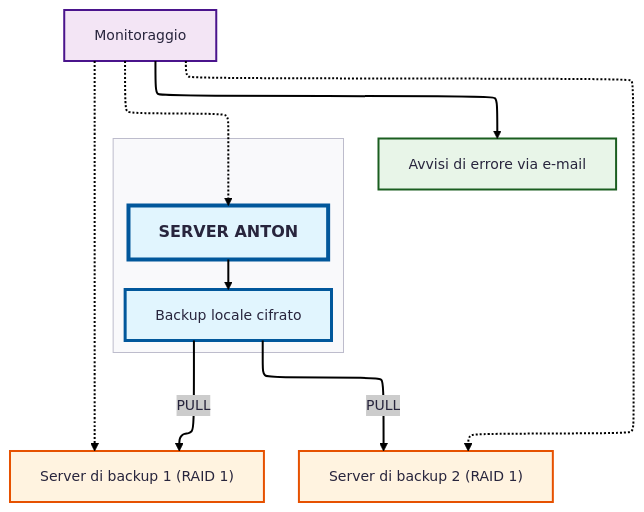
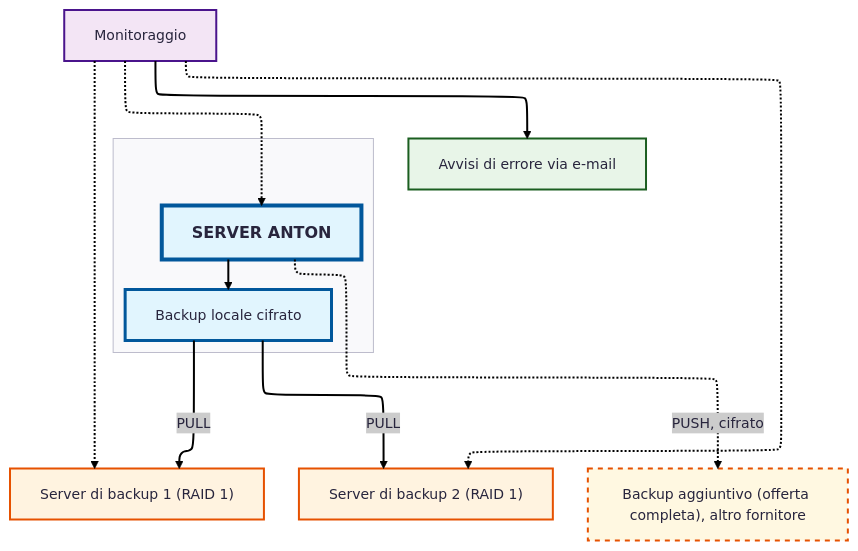
The diagram in docs/faq/infrastructure.it.md (kraenzle-ritter/anton-documentation), drawn with Mermaid before and after one commit. The commit also changed other lines of this file and 11 other files, not shown here.

````diff
--- a/docs/faq/infrastructure.it.md
+++ b/docs/faq/infrastructure.it.md
@@ -3,40 +3,43 @@
 ```mermaid
 ---
 config:
   theme: redux
   layout: elk
 ---
 flowchart TB
     subgraph prod[" "]
         U["SERVER ANTON"]
         UB[Backup locale cifrato]
     end
 
     A["Server di backup 1 (RAID 1)"]
     L["Server di backup 2 (RAID 1)"]
     G[Monitoraggio]
     E[Avvisi di errore via e-mail]
     %% Collegamenti di backup
     U --> UB
     UB -->|PULL| A
     UB -->|PULL| L
+    U -.->|PUSH, cifrato| Z["Backup aggiuntivo (offerta completa), altro fornitore"]
     
     %% Sorveglianza
     G -.-> U
     G -.-> A
     G -.-> L
     G --> E
     
     %% Styling
     classDef production fill:#e1f5fe,stroke:#01579b,stroke-width:3px
     classDef backup fill:#fff3e0,stroke:#e65100,stroke-width:2px
+    classDef extra fill:#fff8e1,stroke:#e65100,stroke-width:2px,stroke-dasharray: 5 5
     classDef monitoring fill:#f3e5f5,stroke:#4a148c,stroke-width:2px
     classDef notification fill:#e8f5e8,stroke:#1b5e20,stroke-width:2px
     classDef main fill:#e1f5fe,stroke:#01579b,stroke-width:4px,font-size:16px,font-weight:bold
     
     class UB production
     class A,L backup
+    class Z extra
     class G monitoring
     class E notification
     class U main
 ```
````
